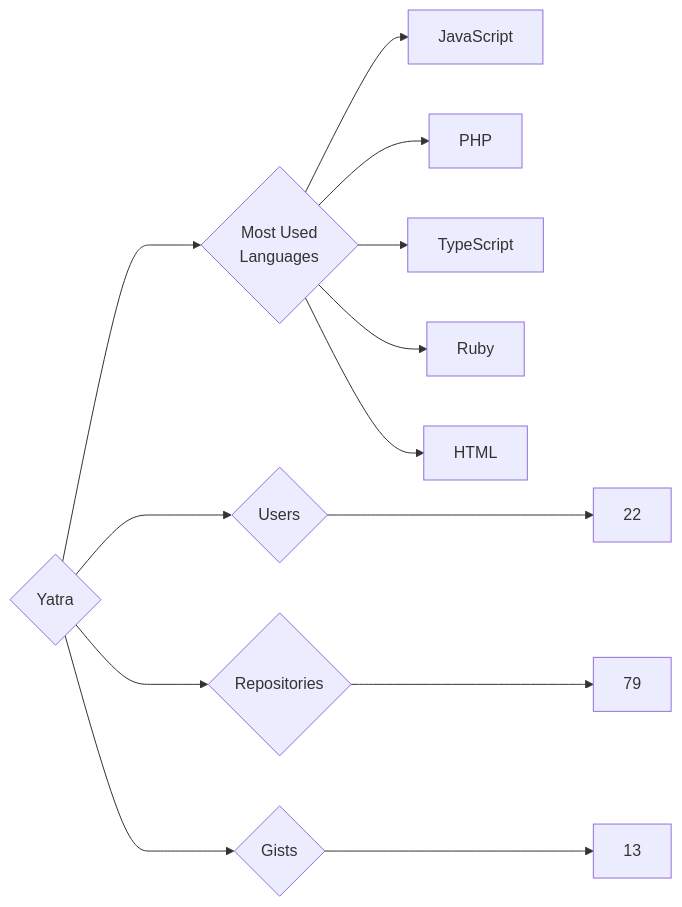
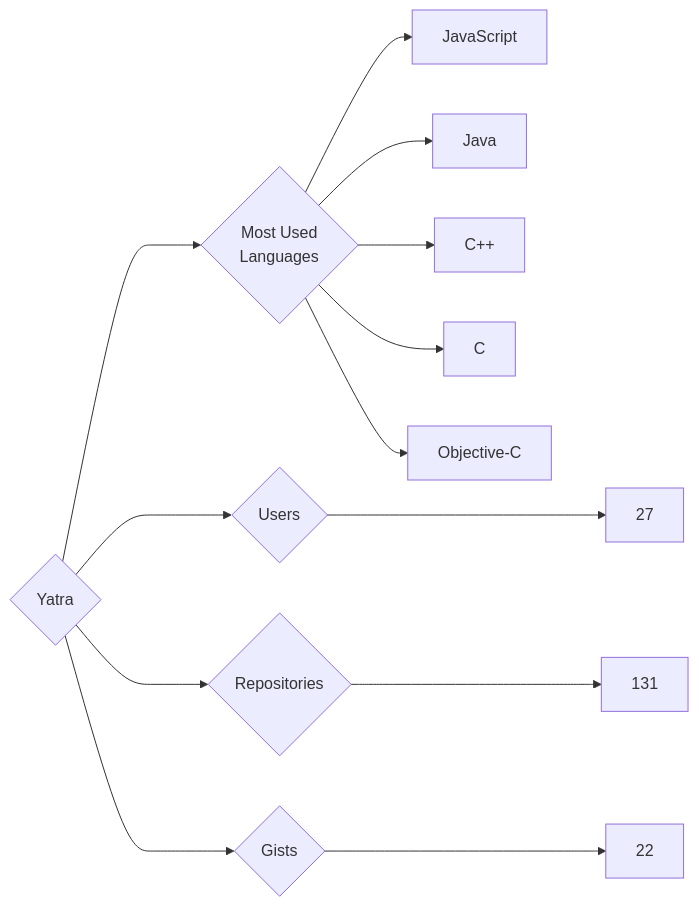
Before and after one commit to trickest/insiders: the diagram in targets/Yatra/README.md, drawn with Mermaid. The commit also changed 895 other files, not shown here.

````diff
--- a/targets/Yatra/README.md
+++ b/targets/Yatra/README.md
@@ -3,13 +3,13 @@
 ```mermaid
 graph LR
 COMPANY_NAME{Yatra}
-COMPANY_NAME ---> U{Users} ---> UN[22]
-COMPANY_NAME ---> R{Repositories} ---> RN[79]
-COMPANY_NAME ---> G{Gists} ---> GN[13]
+COMPANY_NAME ---> U{Users} ---> UN[27]
+COMPANY_NAME ---> R{Repositories} ---> RN[131]
+COMPANY_NAME ---> G{Gists} ---> GN[22]
 COMPANY_NAME ---> ML{Most Used<br>Languages}
 ML --> JavaScript[JavaScript]
-ML --> PHP[PHP]
-ML --> TypeScript[TypeScript]
-ML --> Ruby[Ruby]
-ML --> HTML[HTML]
+ML --> Java[Java]
+ML --> C++[C++]
+ML --> C[C]
+ML --> Objective-C[Objective-C]
 ```
````
